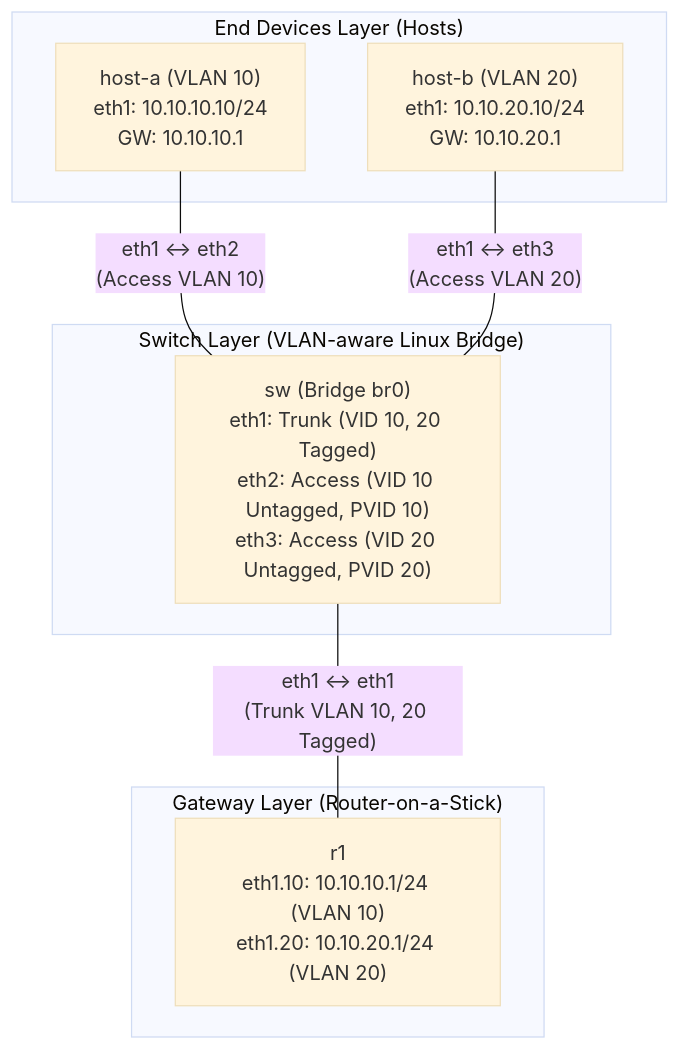
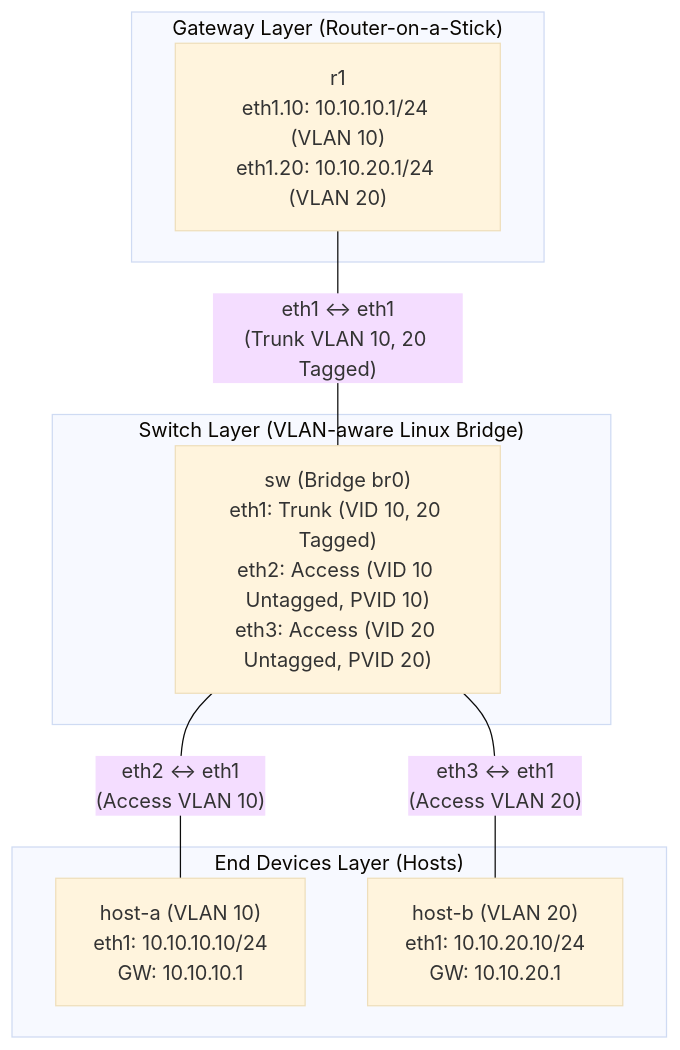
The diagram in bai-tap-ve-nha/04-linux-bridge-vlan/lab-guide_en.md (thangphan205/containerlab-demo), drawn with Mermaid (base theme) before and after one commit. The commit also changed 1 other file, not shown here.

Commit message:
docs(04-linux-bridge-vlan): adjust diagram hierarchy (router top, hosts bottom)

````diff
--- a/bai-tap-ve-nha/04-linux-bridge-vlan/lab-guide_en.md
+++ b/bai-tap-ve-nha/04-linux-bridge-vlan/lab-guide_en.md
@@ -16,19 +16,19 @@
 ```mermaid
 graph TD
     subgraph router ["Gateway Layer (Router-on-a-Stick)"]
         r1["r1<br>eth1.10: 10.10.10.1/24 (VLAN 10)<br>eth1.20: 10.10.20.1/24 (VLAN 20)"]
     end
 
     subgraph switch ["Switch Layer (VLAN-aware Linux Bridge)"]
         sw["sw (Bridge br0)<br>eth1: Trunk (VID 10, 20 Tagged)<br>eth2: Access (VID 10 Untagged, PVID 10)<br>eth3: Access (VID 20 Untagged, PVID 20)"]
     end
 
     subgraph hosts ["End Devices Layer (Hosts)"]
         host-a["host-a (VLAN 10)<br>eth1: 10.10.10.10/24<br>GW: 10.10.10.1"]
         host-b["host-b (VLAN 20)<br>eth1: 10.10.20.10/24<br>GW: 10.10.20.1"]
     end
 
-    host-a -- "eth1 <-> eth2<br>(Access VLAN 10)" --- sw
-    host-b -- "eth1 <-> eth3<br>(Access VLAN 20)" --- sw
-    sw -- "eth1 <-> eth1<br>(Trunk VLAN 10, 20 Tagged)" --- r1
+    r1 -- "eth1 <-> eth1<br>(Trunk VLAN 10, 20 Tagged)" --- sw
+    sw -- "eth2 <-> eth1<br>(Access VLAN 10)" --- host-a
+    sw -- "eth3 <-> eth1<br>(Access VLAN 20)" --- host-b
 ```
````
